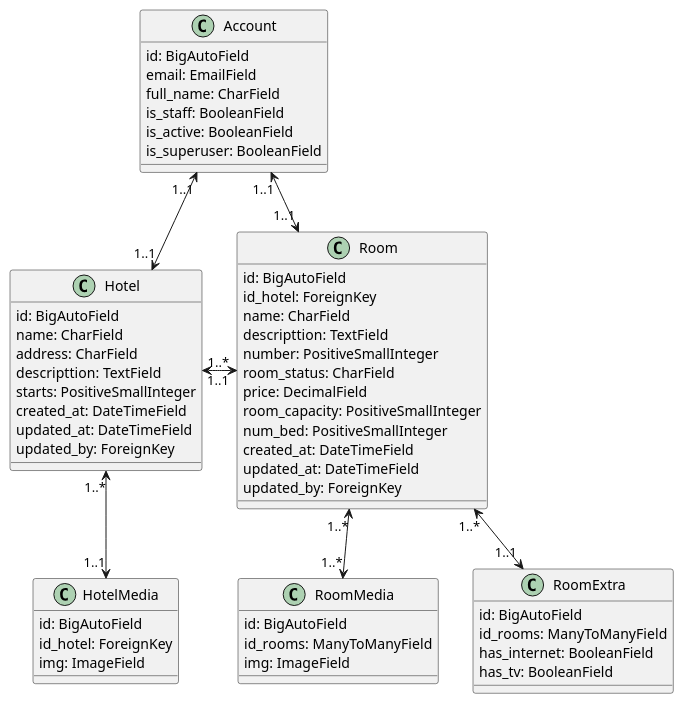
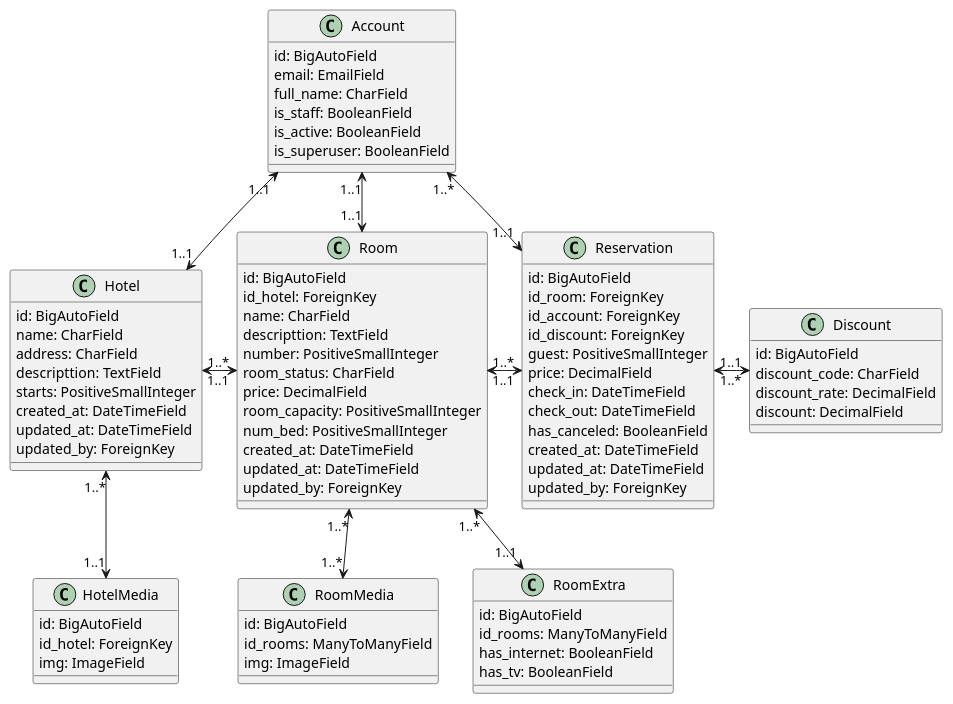
Before and after one commit to Francisco-Neff/API-HotelSolutions: the diagram in UML/UML.puml, drawn with PlantUML. The commit also changed 3 other files, not shown here.

```diff
--- a/UML/UML.puml
+++ b/UML/UML.puml
@@ -1,64 +1,89 @@
 @startuml HotelSolutions_API-Rest
 class Account {
     id: BigAutoField
     email: EmailField
     full_name: CharField
     is_staff: BooleanField
     is_active: BooleanField
     is_superuser: BooleanField
 }
 
 class Hotel {
     id: BigAutoField
     name: CharField
     address: CharField
     descripttion: TextField
     starts: PositiveSmallInteger
     created_at: DateTimeField
     updated_at: DateTimeField
     updated_by: ForeignKey
 }
 
 class HotelMedia {
     id: BigAutoField
     id_hotel: ForeignKey
     img: ImageField
 }
 
 class Room {
     id: BigAutoField
     id_hotel: ForeignKey
     name: CharField
     descripttion: TextField
     number: PositiveSmallInteger
     room_status: CharField
     price: DecimalField
     room_capacity: PositiveSmallInteger
     num_bed: PositiveSmallInteger
     created_at: DateTimeField
     updated_at: DateTimeField
     updated_by: ForeignKey
 }
 
 class RoomMedia {
     id: BigAutoField
     id_rooms: ManyToManyField
     img: ImageField
 }
 
 class RoomExtra {
     id: BigAutoField
     id_rooms: ManyToManyField
     has_internet: BooleanField
     has_tv: BooleanField
 }
 
+class Reservation {
+    id: BigAutoField
+    id_room: ForeignKey
+    id_account: ForeignKey
+    id_discount: ForeignKey
+    guest: PositiveSmallInteger
+    price: DecimalField
+    check_in: DateTimeField
+    check_out: DateTimeField
+    has_canceled: BooleanField
+    created_at: DateTimeField
+    updated_at: DateTimeField
+    updated_by: ForeignKey
+}
+class Discount{
+    id: BigAutoField
+    discount_code: CharField
+    discount_rate: DecimalField
+    discount: DecimalField
+}
+
 
 Account "1..1" <--> "1..1" Hotel
 Account "1..1" <--> "1..1" Room
 Hotel "1..*" <--> "1..1" HotelMedia
 Hotel "1..*" <-right-> "1..1" Room
 Room "1..*" <--> "1..*" RoomMedia
 Room "1..*" <--> "1..1" RoomExtra
+Room "1..*" <-right-> "1..1" Reservation
+Account "1..*" <--> "1..1" Reservation
+Reservation "1..1" <-right-> "1..*" Discount
+
 
 @enduml
```
